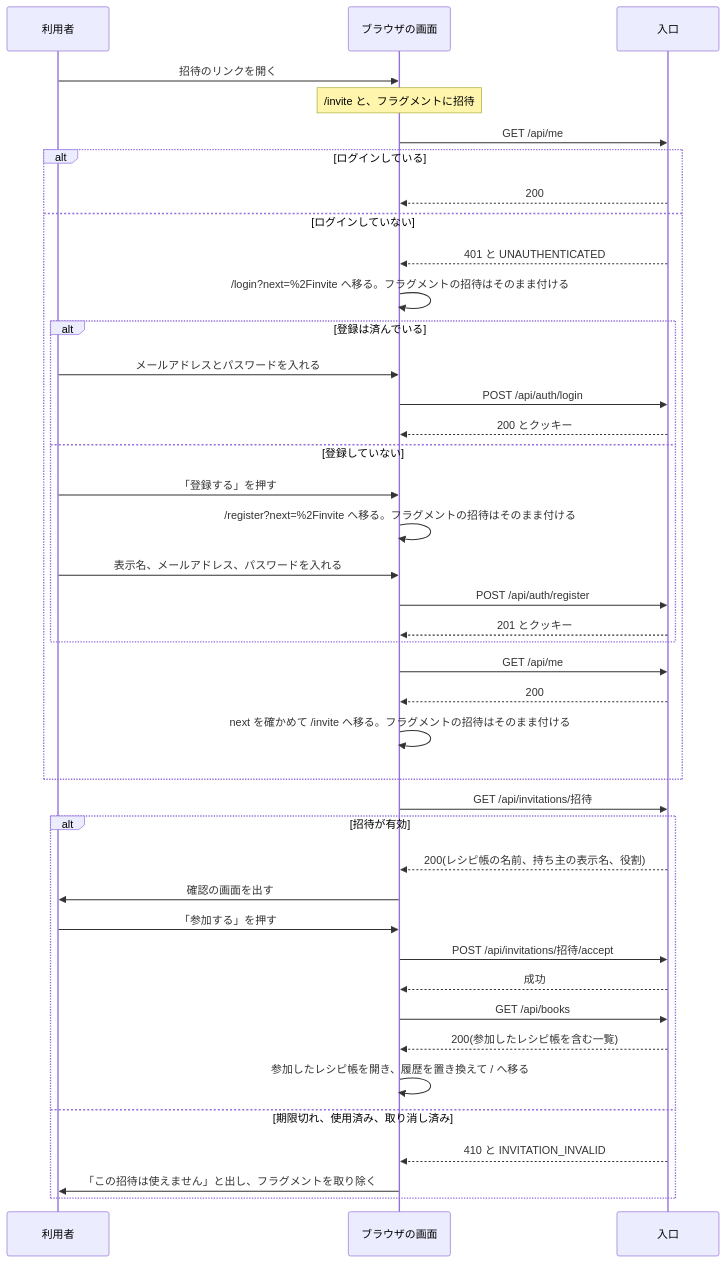
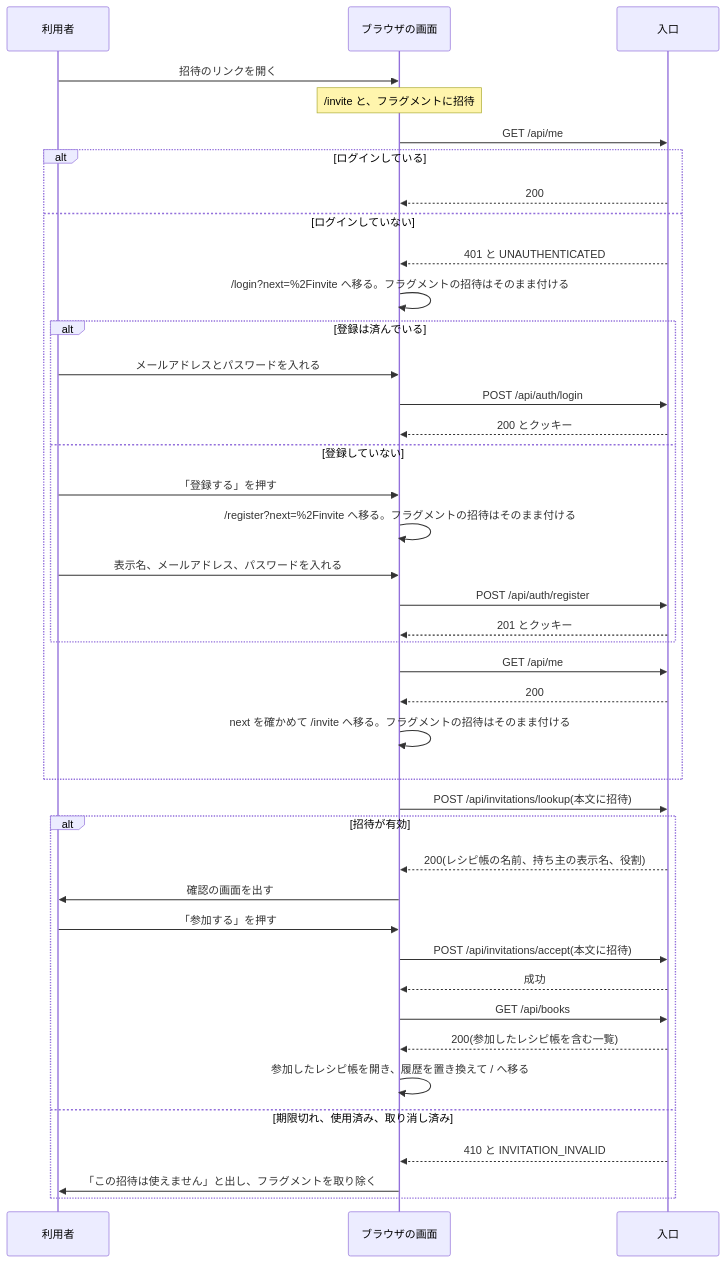
Before and after one commit to Kaito-Nishihara/cooks: the second of 2 diagrams in docs/design/screens.md, drawn with Mermaid. The commit also changed other lines of this file and 12 other files, not shown here.

````diff
--- a/docs/design/screens.md
+++ b/docs/design/screens.md
@@ -446,43 +446,43 @@
 ```mermaid
 sequenceDiagram
     participant U as 利用者
     participant B as ブラウザの画面
     participant G as 入口
     U->>B: 招待のリンクを開く
     Note over B: /invite と、フラグメントに招待
     B->>G: GET /api/me
     alt ログインしている
         G-->>B: 200
     else ログインしていない
         G-->>B: 401 と UNAUTHENTICATED
         B->>B: /login?next=%2Finvite へ移る。フラグメントの招待はそのまま付ける
         alt 登録は済んでいる
             U->>B: メールアドレスとパスワードを入れる
             B->>G: POST /api/auth/login
             G-->>B: 200 とクッキー
         else 登録していない
             U->>B: 「登録する」を押す
             B->>B: /register?next=%2Finvite へ移る。フラグメントの招待はそのまま付ける
             U->>B: 表示名、メールアドレス、パスワードを入れる
             B->>G: POST /api/auth/register
             G-->>B: 201 とクッキー
         end
         B->>G: GET /api/me
         G-->>B: 200
         B->>B: next を確かめて /invite へ移る。フラグメントの招待はそのまま付ける
     end
-    B->>G: GET /api/invitations/招待
+    B->>G: POST /api/invitations/lookup(本文に招待)
     alt 招待が有効
         G-->>B: 200(レシピ帳の名前、持ち主の表示名、役割)
         B->>U: 確認の画面を出す
         U->>B: 「参加する」を押す
-        B->>G: POST /api/invitations/招待/accept
+        B->>G: POST /api/invitations/accept(本文に招待)
         G-->>B: 成功
         B->>G: GET /api/books
         G-->>B: 200(参加したレシピ帳を含む一覧)
         B->>B: 参加したレシピ帳を開き、履歴を置き換えて / へ移る
     else 期限切れ、使用済み、取り消し済み
         G-->>B: 410 と INVITATION_INVALID
         B->>U: 「この招待は使えません」と出し、フラグメントを取り除く
     end
 ```
````
